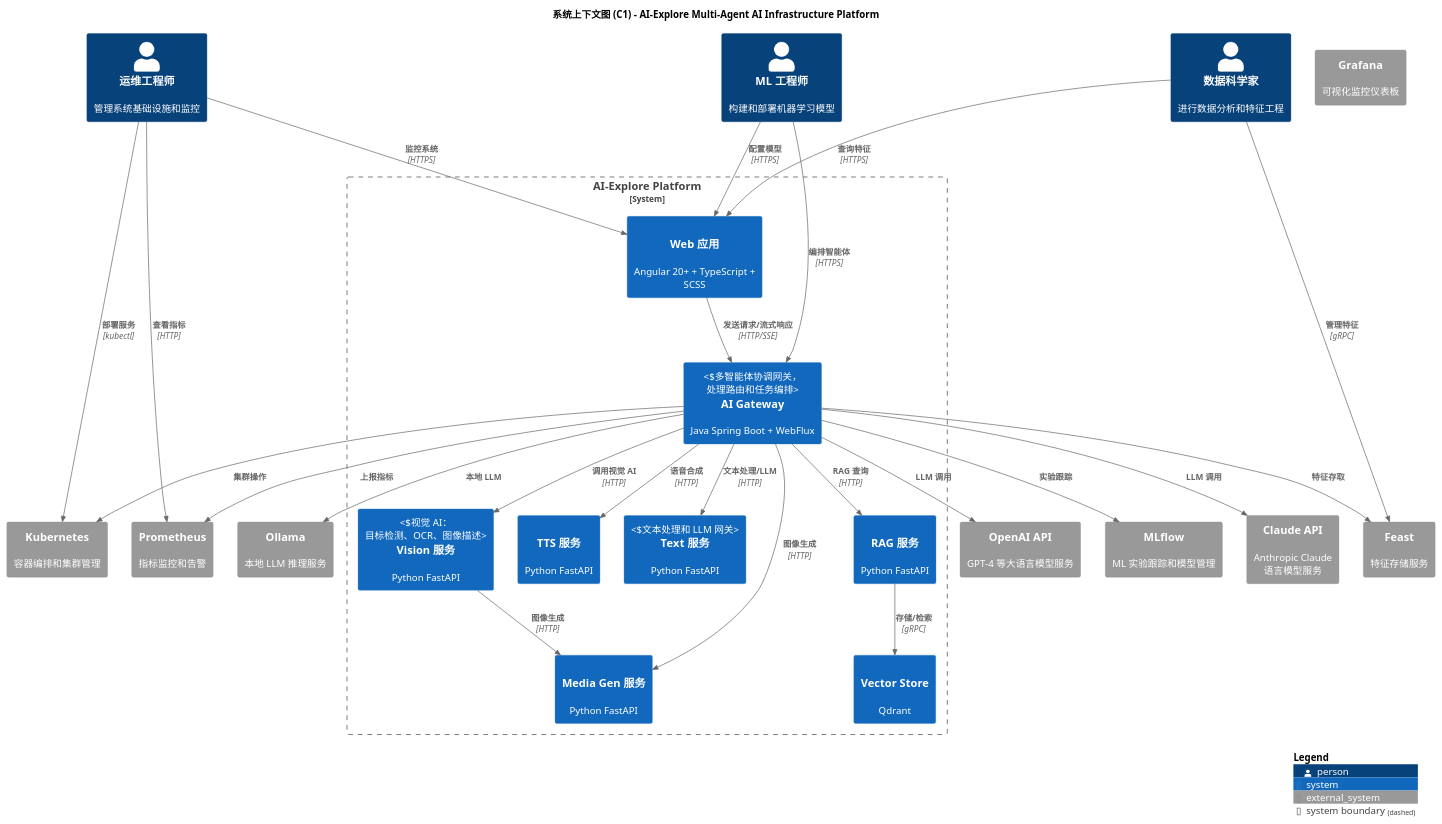
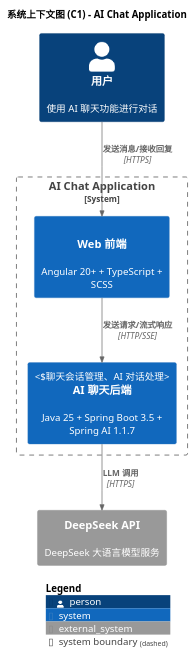
Before and after one commit to felixzhu97/explore-ai: the diagram in docs/c4/context.puml, drawn with PlantUML. The commit also changed 61 other files, not shown here.

First line of the commit message:
refactor: migrate to Clean Architecture with DDD principles

```diff
--- a/docs/c4/context.puml
+++ b/docs/c4/context.puml
@@ -1,70 +1,28 @@
 @startuml C4-Context
 !include https://raw.githubusercontent.com/plantuml-stdlib/C4-PlantUML/master/C4_Context.puml
 
 LAYOUT_WITH_LEGEND()
 
-title 系统上下文图 (C1) - AI-Explore Multi-Agent AI Infrastructure Platform
+title 系统上下文图 (C1) - AI Chat Application
 
 ' 人员定义
-Person(ml_engineer, "ML 工程师", "构建和部署机器学习模型")
-Person(devops_engineer, "运维工程师", "管理系统基础设施和监控")
-Person(data_scientist, "数据科学家", "进行数据分析和特征工程")
+Person(user, "用户", "使用 AI 聊天功能进行对话")
 
-' AI-Explore Platform 系统边界
-System_Boundary(ai_platform, "AI-Explore Platform") {
-    System(web_app, "Web 应用", "Angular 20+ + TypeScript + SCSS", "用户界面和交互")
-    System(ai_gateway, "AI Gateway", "Java Spring Boot + WebFlux", "多智能体协调网关，处理路由和任务编排")
-    System(vision_service, "Vision 服务", "Python FastAPI", "视觉 AI：目标检测、OCR、图像描述")
-    System(tts_service, "TTS 服务", "Python FastAPI", "文本转语音合成")
-    System(text_service, "Text 服务", "Python FastAPI", "文本处理和 LLM 网关")
-    System(rag_service, "RAG 服务", "Python FastAPI", "文档检索和问答")
-    System(media_gen_service, "Media Gen 服务", "Python FastAPI", "本地文生图")
-    System(vector_store, "Vector Store", "Qdrant", "向量嵌入存储和检索")
+' AI Chat Application 系统边界
+System_Boundary(ai_chat_app, "AI Chat Application") {
+    System(frontend, "Web 前端", "Angular 20+ + TypeScript + SCSS", "用户界面和交互")
+    System(backend, "AI 聊天后端", "Java 25 + Spring Boot 3.5 + Spring AI 1.1.7", "聊天会话管理、AI 对话处理")
 }
 
 ' 外部服务
-System_Ext(openai_api, "OpenAI API", "GPT-4 等大语言模型服务")
-System_Ext(claude_api, "Claude API", "Anthropic Claude 语言模型服务")
-System_Ext(ollama, "Ollama", "本地 LLM 推理服务")
-System_Ext(kubernetes, "Kubernetes", "容器编排和集群管理")
-System_Ext(prometheus, "Prometheus", "指标监控和告警")
-System_Ext(grafana, "Grafana", "可视化监控仪表板")
-System_Ext(mlflow, "MLflow", "ML 实验跟踪和模型管理")
-System_Ext(feast, "Feast", "特征存储服务")
+System_Ext(deepseek_api, "DeepSeek API", "DeepSeek 大语言模型服务")
 
 ' 用户关系
-Rel(ml_engineer, web_app, "配置模型", "HTTPS")
-Rel(ml_engineer, ai_gateway, "编排智能体", "HTTPS")
-Rel(devops_engineer, web_app, "监控系统", "HTTPS")
-Rel(devops_engineer, kubernetes, "部署服务", "kubectl")
-Rel(devops_engineer, prometheus, "查看指标", "HTTP")
-Rel(data_scientist, web_app, "查询特征", "HTTPS")
-Rel(data_scientist, feast, "管理特征", "gRPC")
+Rel(user, frontend, "发送消息/接收回复", "HTTPS")
+Rel(frontend, backend, "发送请求/流式响应", "HTTP/SSE")
 
-' 内部系统关系 - 前端与网关
-Rel(web_app, ai_gateway, "发送请求/流式响应", "HTTP/SSE")
-
-' 内部系统关系 - 网关与后端服务
-Rel(ai_gateway, vision_service, "调用视觉 AI", "HTTP")
-Rel(ai_gateway, tts_service, "语音合成", "HTTP")
-Rel(ai_gateway, text_service, "文本处理/LLM", "HTTP")
-Rel(ai_gateway, rag_service, "RAG 查询", "HTTP")
-Rel(ai_gateway, media_gen_service, "图像生成", "HTTP")
-
-' 服务间关系
-Rel(rag_service, vector_store, "存储/检索", "gRPC")
-Rel(vision_service, media_gen_service, "图像生成", "HTTP")
-
-' LLM 集成
-Rel(ai_gateway, openai_api, "LLM 调用")
-Rel(ai_gateway, claude_api, "LLM 调用")
-Rel(ai_gateway, ollama, "本地 LLM")
-
-' 运维集成
-Rel(ai_gateway, mlflow, "实验跟踪")
-Rel(ai_gateway, feast, "特征存取")
-Rel(ai_gateway, prometheus, "上报指标")
-Rel(ai_gateway, kubernetes, "集群操作")
+' 后端与 LLM 关系
+Rel(backend, deepseek_api, "LLM 调用", "HTTPS")
 
 SHOW_LEGEND()
 @enduml
```
